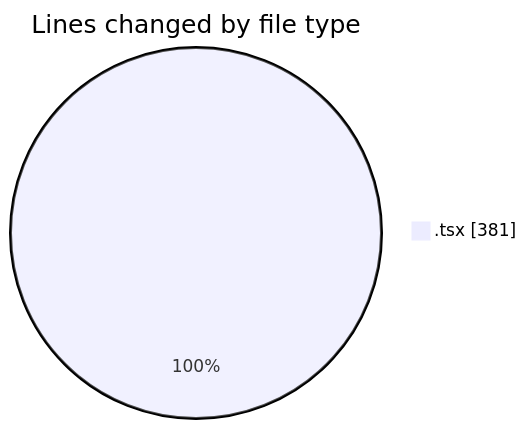
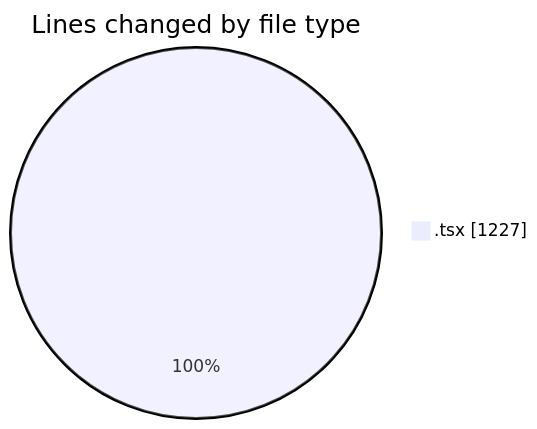
Before and after one commit to nxtqubesakshisongat/code-tracking: the first of 2 diagrams in 2026-03-24/nxtqube_webapp/README.md, drawn with Mermaid. The commit also changed other lines of this file and 1 other file, not shown here.

````diff
--- a/2026-03-24/nxtqube_webapp/README.md
+++ b/2026-03-24/nxtqube_webapp/README.md
@@ -20,5 +21,5 @@
 ```mermaid
 pie showData
 title Lines changed by file type
-".tsx" : 381
+".tsx" : 1227
 ```
````
